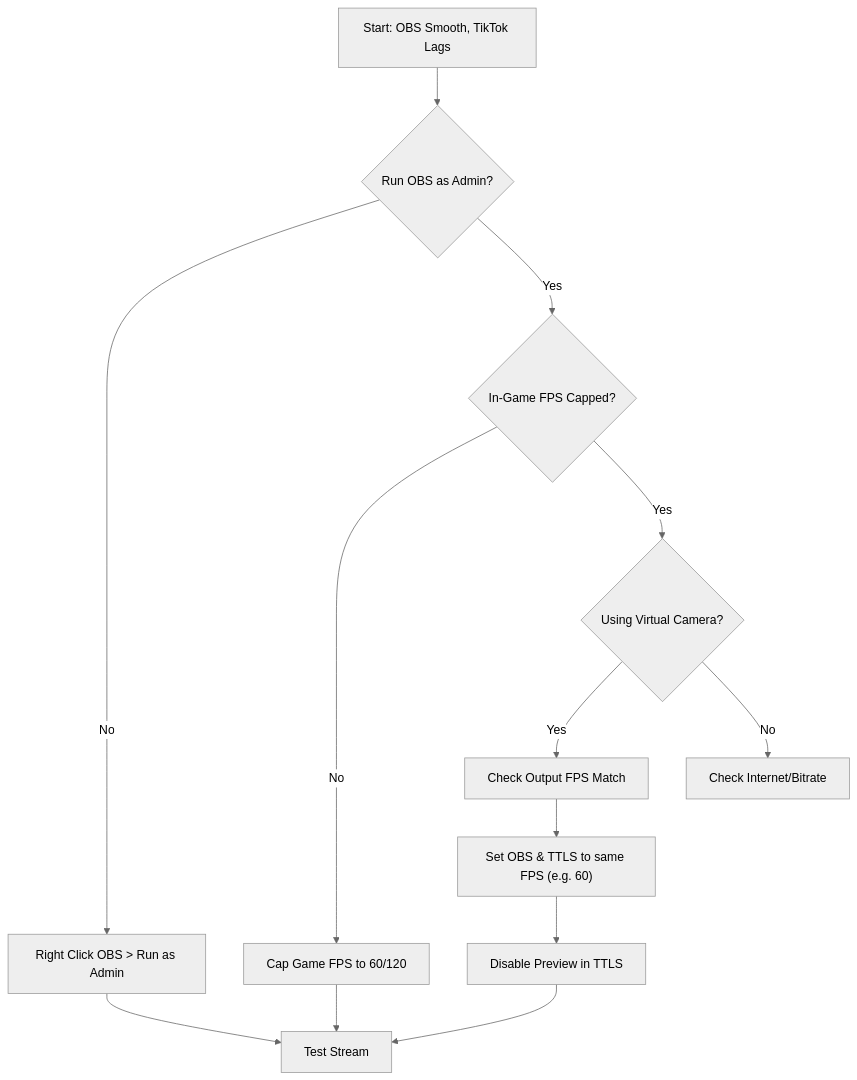
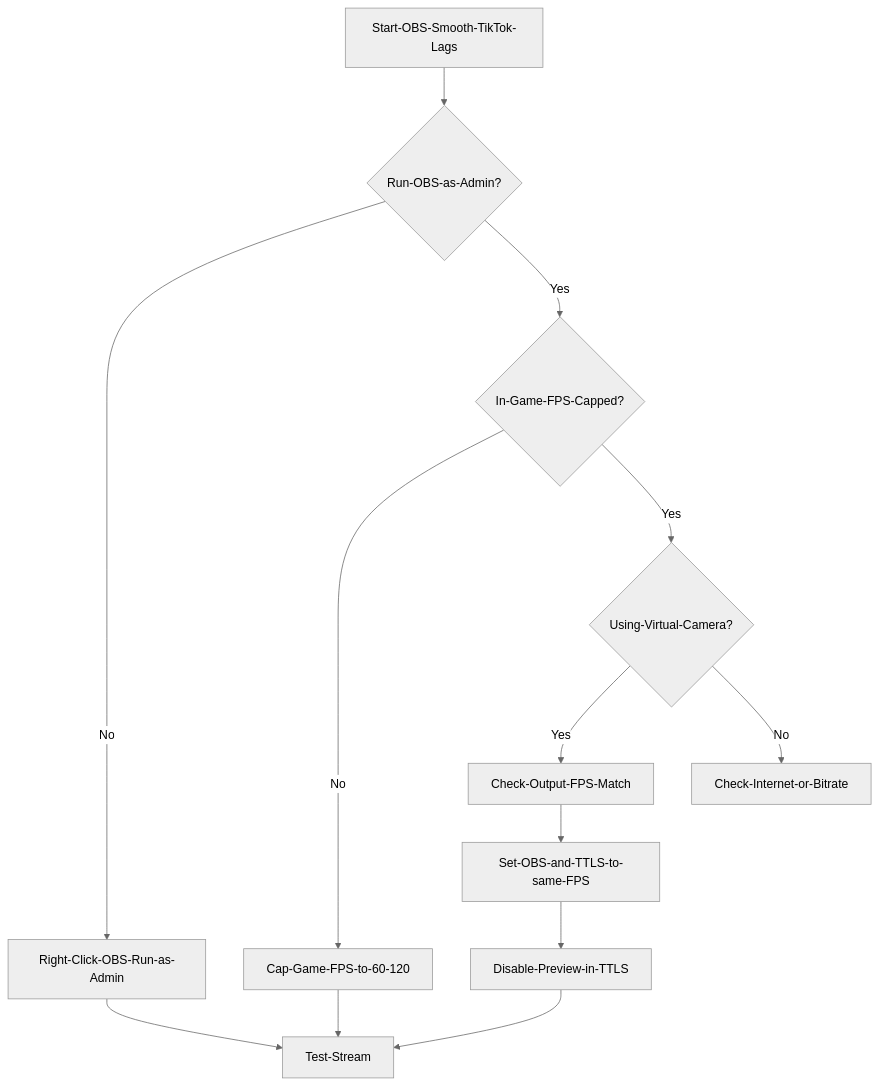
Before and after one commit to littl3-boat/ttwise: the diagram in data/blog/obs-preview-smooth-tiktok-live-lags-fix-2025.mdx, drawn with Mermaid (neutral theme). The commit also changed 35 other files, not shown here.

First line of the commit message:
feat: fix Mermaid diagram syntax across blog posts and add new Reddit-sourced blog entries

````diff
--- a/data/blog/obs-preview-smooth-tiktok-live-lags-fix-2025.mdx
+++ b/data/blog/obs-preview-smooth-tiktok-live-lags-fix-2025.mdx
@@ -43,15 +43,15 @@
 ```mermaid
-graph TD
-    A[Start: OBS Smooth, TikTok Lags] --> B{Run OBS as Admin?}
-    B -- No --> C[Right Click OBS > Run as Admin]
-    C --> D[Test Stream]
-    B -- Yes --> E{In-Game FPS Capped?}
-    E -- No --> F[Cap Game FPS to 60/120]
+flowchart TD
+    A[Start-OBS-Smooth-TikTok-Lags] --> B{Run-OBS-as-Admin?}
+    B -- No --> C[Right-Click-OBS-Run-as-Admin]
+    C --> D[Test-Stream]
+    B -- Yes --> E{In-Game-FPS-Capped?}
+    E -- No --> F[Cap-Game-FPS-to-60-120]
     F --> D
-    E -- Yes --> G{Using Virtual Camera?}
-    G -- Yes --> H[Check Output FPS Match]
-    G -- No --> I[Check Internet/Bitrate]
-    H --> J["Set OBS & TTLS to same FPS (e.g. 60)"]
-    J --> K[Disable Preview in TTLS]
+    E -- Yes --> G{Using-Virtual-Camera?}
+    G -- Yes --> H[Check-Output-FPS-Match]
+    G -- No --> I[Check-Internet-or-Bitrate]
+    H --> J[Set-OBS-and-TTLS-to-same-FPS]
+    J --> K[Disable-Preview-in-TTLS]
     K --> D
 ```
````
